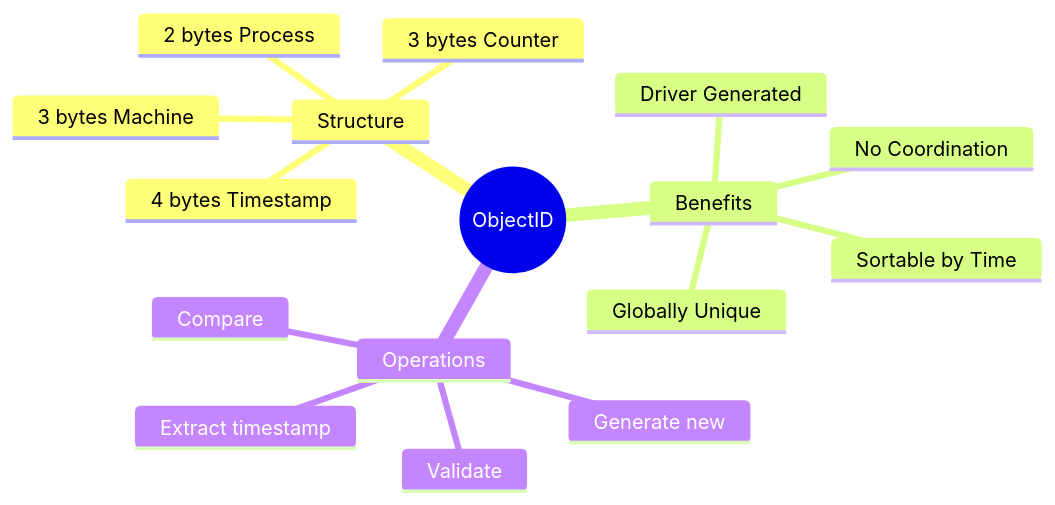
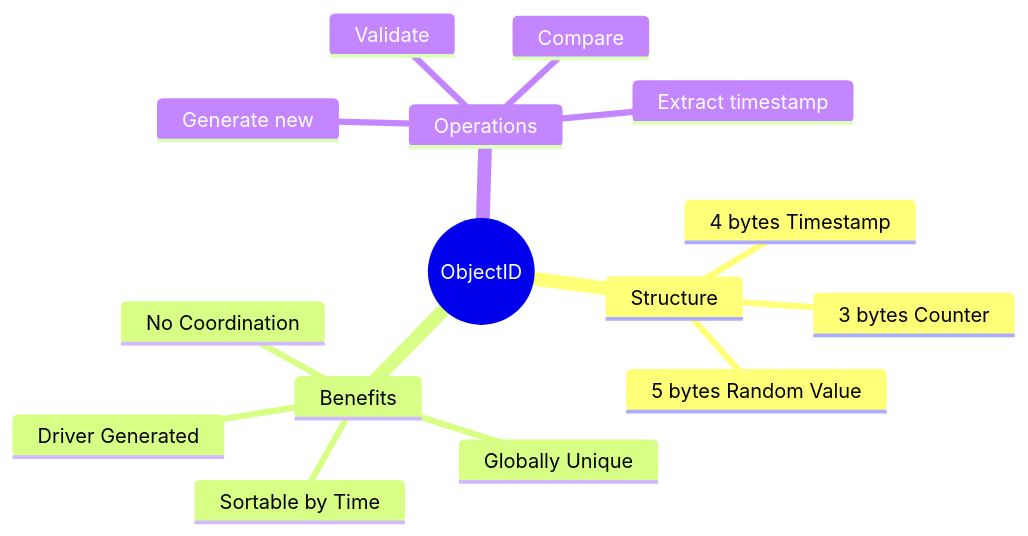
One commit to VIVES-Zuid/node changed the fourth of 4 diagrams in 09-Mongoose-Modeling/07-objectids.md. Above: the diagram before and after it, drawn with Mermaid. The commit also changed other lines of this file and 24 other files, not shown here.

````diff
--- a/09-Mongoose-Modeling/07-objectids.md
+++ b/09-Mongoose-Modeling/07-objectids.md
@@ -322,19 +318,18 @@
 ```mermaid
 mindmap
   root((ObjectID))
     Structure
       4 bytes Timestamp
-      3 bytes Machine
-      2 bytes Process
+      5 bytes Random Value
       3 bytes Counter
     Benefits
       Driver Generated
       Globally Unique
       Sortable by Time
       No Coordination
     Operations
       Generate new
       Validate
       Extract timestamp
       Compare
 ```
````
